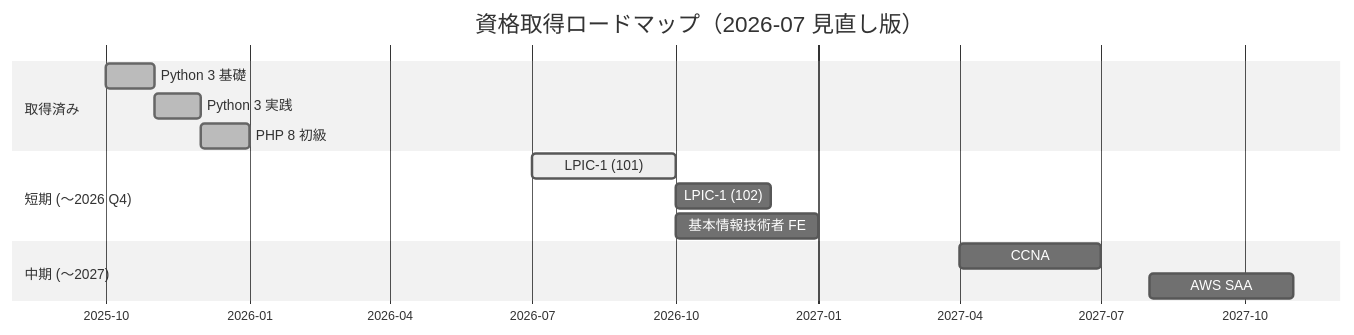
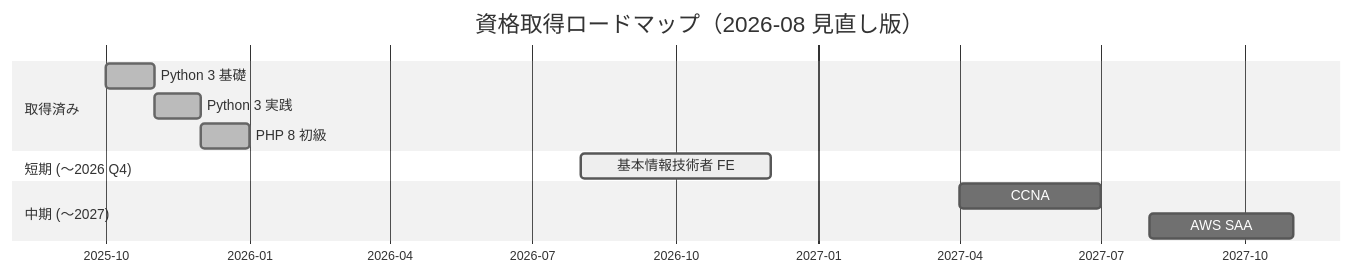
The diagram in docs/certifications/roadmap.md (ns7jp/ns7jp), drawn with Mermaid (neutral theme) before and after one commit. The commit also changed other lines of this file and 1 other file, not shown here.

````diff
--- a/docs/certifications/roadmap.md
+++ b/docs/certifications/roadmap.md
@@ -55,20 +63,18 @@
 ```mermaid
 gantt
-    title 資格取得ロードマップ（2026-07 見直し版）
+    title 資格取得ロードマップ（2026-08 見直し版）
     dateFormat YYYY-MM
     axisFormat %Y-%m
 
     section 取得済み
     Python 3 基礎      :done, p1, 2025-10, 2025-11
     Python 3 実践      :done, p2, 2025-11, 2025-12
     PHP 8 初級         :done, p3, 2025-12, 2026-01
 
     section 短期 (〜2026 Q4)
-    LPIC-1 (101)       :active, l1, 2026-07, 2026-10
-    LPIC-1 (102)       :l2, after l1, 2M
-    基本情報技術者 FE   :f1, 2026-10, 3M
+    基本情報技術者 FE   :active, f1, 2026-08, 2026-12
 
     section 中期 (〜2027)
     CCNA               :c1, 2027-04, 3M
     AWS SAA            :a1, 2027-08, 3M
 ```
````
